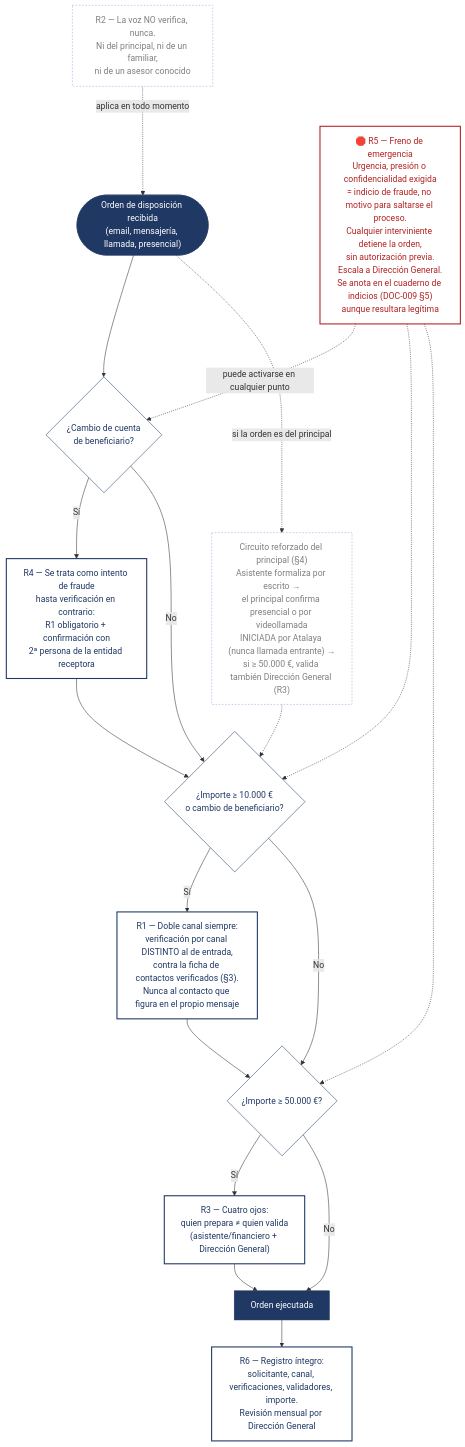
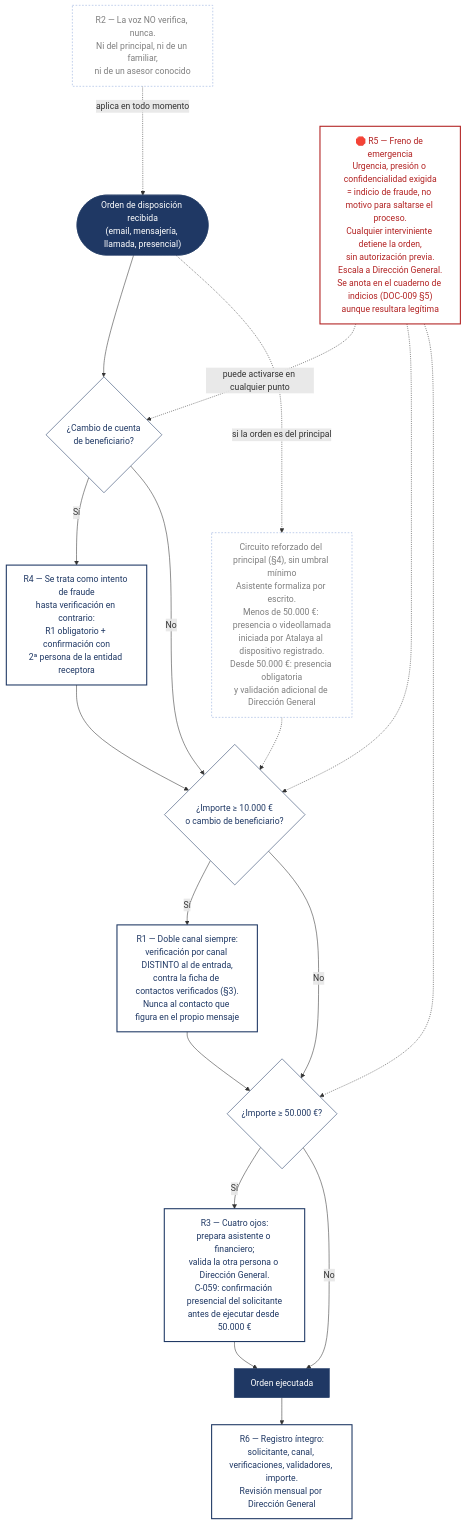
One commit to tarquistwr-hash/caso-atalaya changed the diagram in docs/fase1-iso27001/flujo_verificacion_ordenes.md. Above: the diagram before and after it, drawn with Mermaid. The commit also changed other lines of this file and 54 other files, not shown here.

````diff
--- a/docs/fase1-iso27001/flujo_verificacion_ordenes.md
+++ b/docs/fase1-iso27001/flujo_verificacion_ordenes.md
@@ -5,50 +5,50 @@
 ```mermaid
 flowchart TD
     START(["Orden de disposición recibida<br/>(email, mensajería, llamada, presencial)"])
 
     CONST["R2 — La voz NO verifica, nunca.<br/>Ni del principal, ni de un familiar,<br/>ni de un asesor conocido"]
 
     CB{"¿Cambio de cuenta<br/>de beneficiario?"}
     R4["R4 — Se trata como intento de fraude<br/>hasta verificación en contrario:<br/>R1 obligatorio + confirmación con<br/>2ª persona de la entidad receptora"]
 
     UMB{"¿Importe ≥ 10.000 €<br/>o cambio de beneficiario?"}
     R1["R1 — Doble canal siempre:<br/>verificación por canal DISTINTO al de entrada,<br/>contra la ficha de contactos verificados (§3).<br/>Nunca al contacto que figura en el propio mensaje"]
 
     UMB2{"¿Importe ≥ 50.000 €?"}
-    R3["R3 — Cuatro ojos:<br/>quien prepara ≠ quien valida<br/>(asistente/financiero + Dirección General)"]
+    R3["R3 — Cuatro ojos:<br/>prepara asistente o financiero;<br/>valida la otra persona o Dirección General.<br/>C-059: confirmación presencial del solicitante<br/>antes de ejecutar desde 50.000 €"]
 
     EJEC["Orden ejecutada"]
     R6["R6 — Registro íntegro:<br/>solicitante, canal, verificaciones, validadores, importe.<br/>Revisión mensual por Dirección General"]
 
     R5["🛑 R5 — Freno de emergencia<br/>Urgencia, presión o confidencialidad exigida<br/>= indicio de fraude, no motivo para saltarse el proceso.<br/>Cualquier interviniente detiene la orden,<br/>sin autorización previa.<br/>Escala a Dirección General.<br/>Se anota en el cuaderno de indicios (DOC-009 §5)<br/>aunque resultara legítima"]
 
     START --> CB
     CB -- "Sí" --> R4 --> UMB
     CB -- "No" --> UMB
     UMB -- "Sí" --> R1 --> UMB2
     UMB -- "No" --> UMB2
     UMB2 -- "Sí" --> R3 --> EJEC
     UMB2 -- "No" --> EJEC
     EJEC --> R6
 
     CONST -.->|"aplica en todo momento"| START
     R5 -.->|"puede activarse en cualquier punto"| CB
     R5 -.-> UMB
     R5 -.-> UMB2
 
-    PRINC["Circuito reforzado del principal (§4)<br/>Asistente formaliza por escrito →<br/>el principal confirma presencial o por videollamada<br/>INICIADA por Atalaya (nunca llamada entrante) →<br/>si ≥ 50.000 €, valida también Dirección General (R3)"]
+    PRINC["Circuito reforzado del principal (§4), sin umbral mínimo<br/>Asistente formaliza por escrito.<br/>Menos de 50.000 €: presencia o videollamada<br/>iniciada por Atalaya al dispositivo registrado.<br/>Desde 50.000 €: presencia obligatoria<br/>y validación adicional de Dirección General"]
     START -.->|"si la orden es del principal"| PRINC
     PRINC -.-> UMB
 
     classDef start fill:#1F3864,color:#fff,stroke:#1F3864
     classDef regla fill:#fff,color:#1F3864,stroke:#1F3864,stroke-width:2px
     classDef decision fill:#fff,color:#1F3864,stroke:#1F3864
     classDef freno fill:#fff,color:#B22222,stroke:#B22222,stroke-width:2px
     classDef nota fill:#fff,color:#7F7F7F,stroke:#8FAADC,stroke-dasharray: 3 3
 
     class START,EJEC start
     class R1,R3,R4,R6 regla
     class CB,UMB,UMB2 decision
     class R5 freno
     class CONST,PRINC nota
 ```
````
